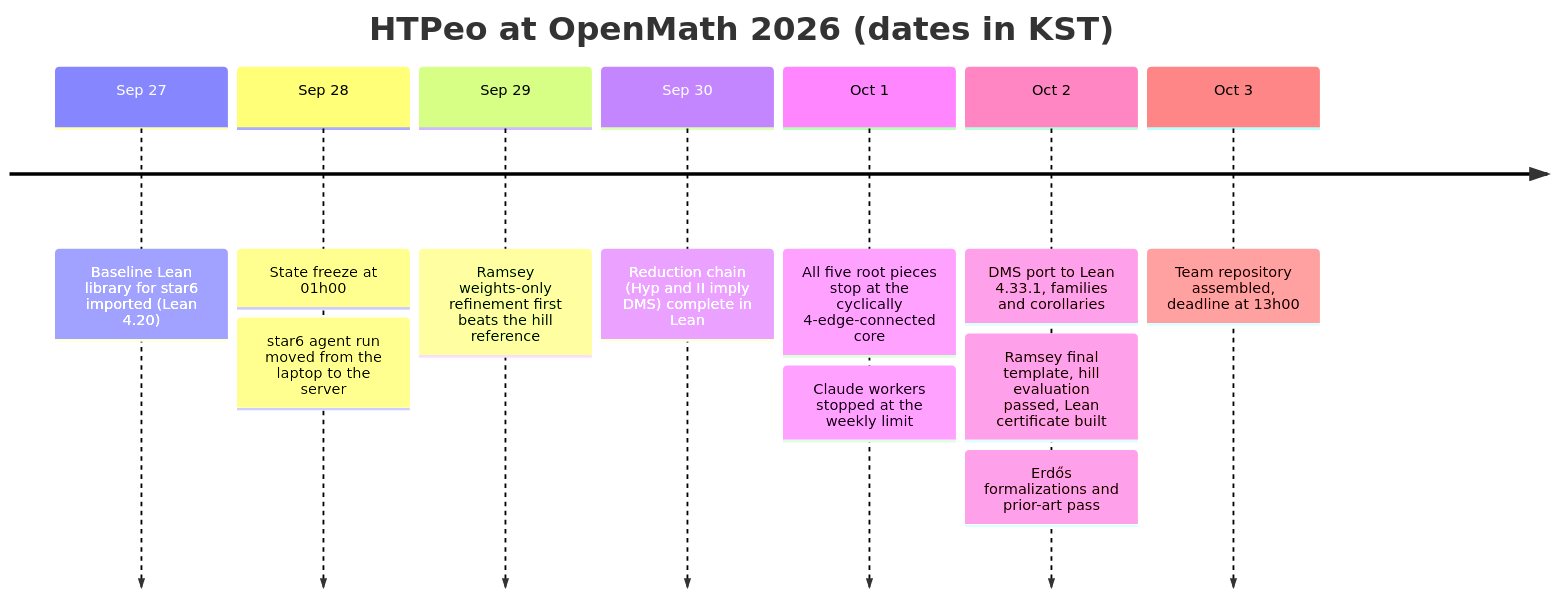
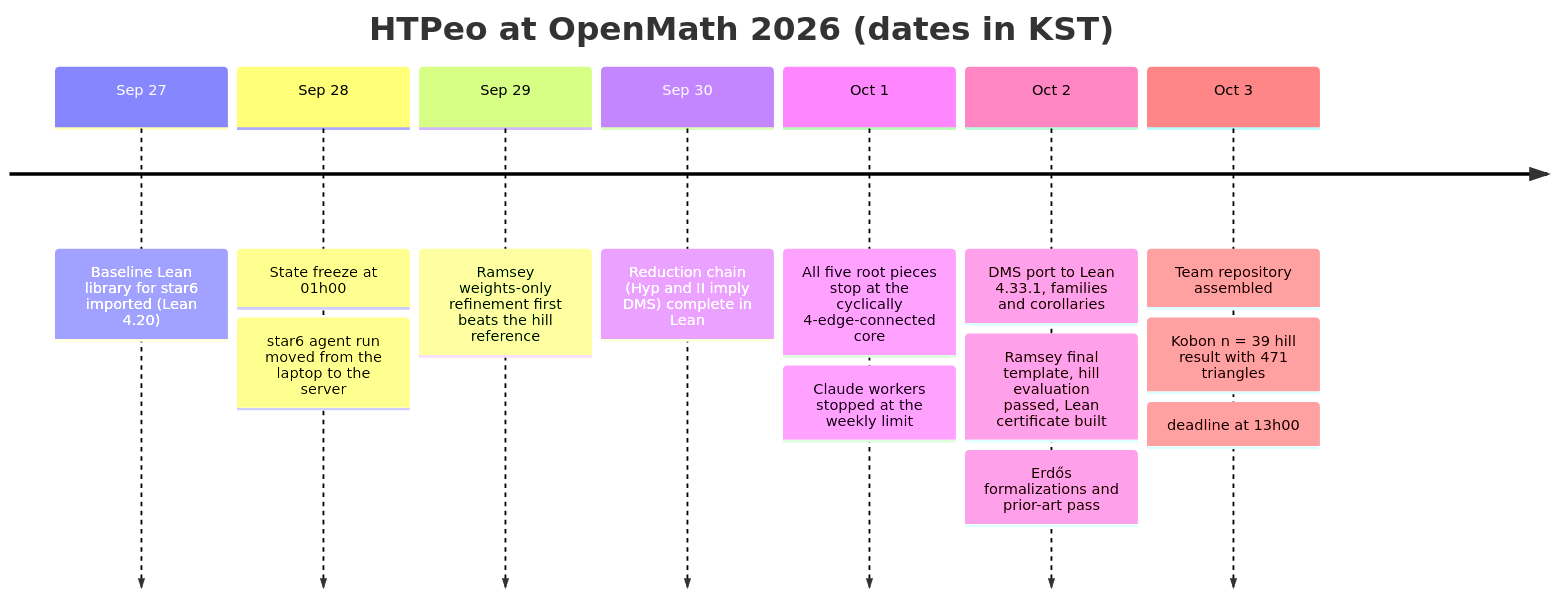
The diagram in README.md (lavaskiller/openmath-2026-htpeo), drawn with Mermaid before and after one commit. The commit also changed other lines of this file and 33 other files, not shown here.

Commit message:
Hills: Kobon n = 39 (471 triangles) and Grothendieck results of lavaskiller; leaderboard snapshot 2026-10-02T18:04Z

````diff
--- a/README.md
+++ b/README.md
@@ -285,15 +287,17 @@
 ```mermaid
 timeline
     title HTPeo at OpenMath 2026 (dates in KST)
     Sep 27 : Baseline Lean library for star6 imported (Lean 4.20)
     Sep 28 : State freeze at 01h00
            : star6 agent run moved from the laptop to the server
     Sep 29 : Ramsey weights-only refinement first beats the hill reference
     Sep 30 : Reduction chain (Hyp and II imply DMS) complete in Lean
     Oct 1 : All five root pieces stop at the cyclically 4-edge-connected core
           : Claude workers stopped at the weekly limit
     Oct 2 : DMS port to Lean 4.33.1, families and corollaries
           : Ramsey final template, hill evaluation passed, Lean certificate built
           : Erdős formalizations and prior-art pass
-    Oct 3 : Team repository assembled, deadline at 13h00
+    Oct 3 : Team repository assembled
+          : Kobon n = 39 hill result with 471 triangles
+          : deadline at 13h00
 ```
````
